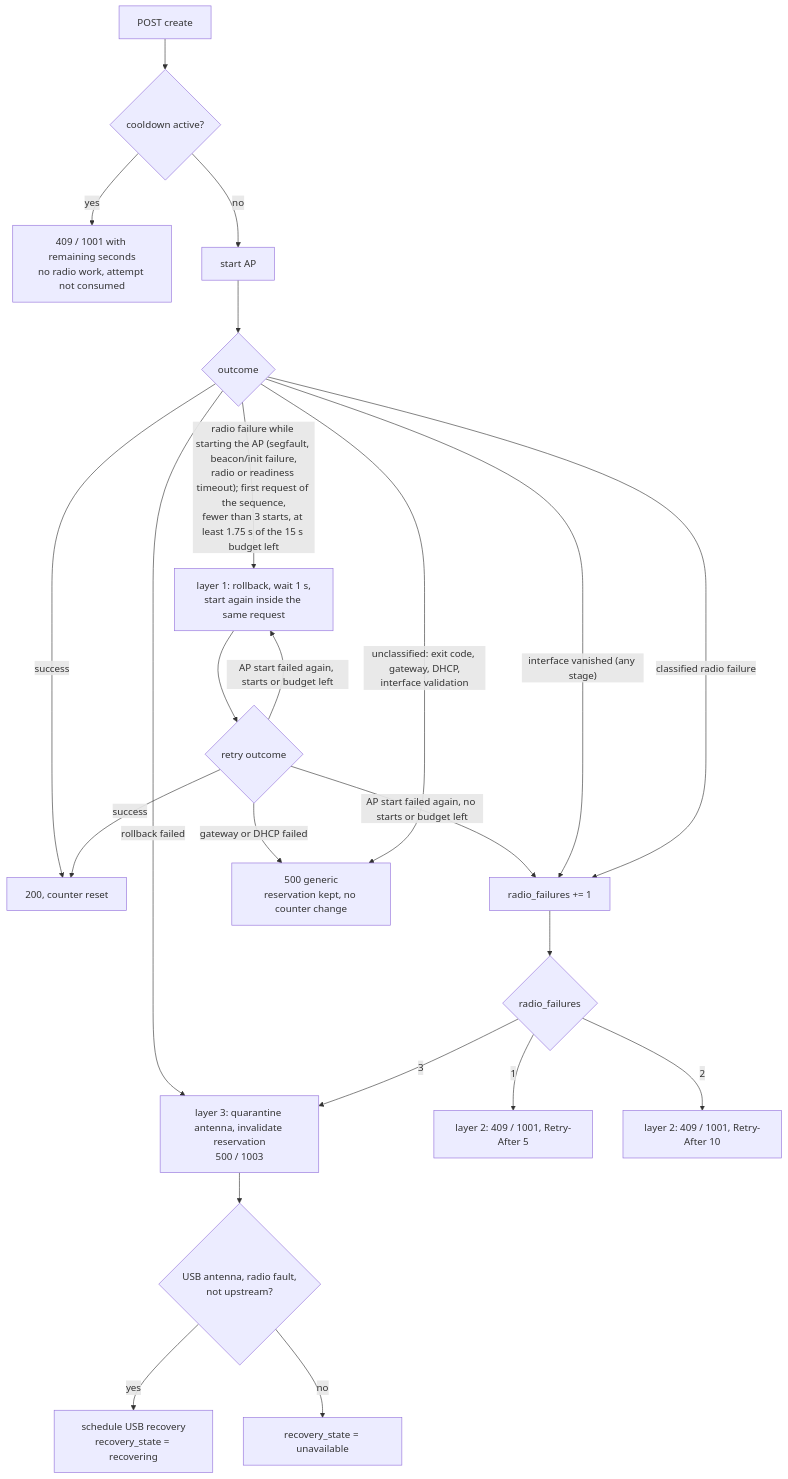
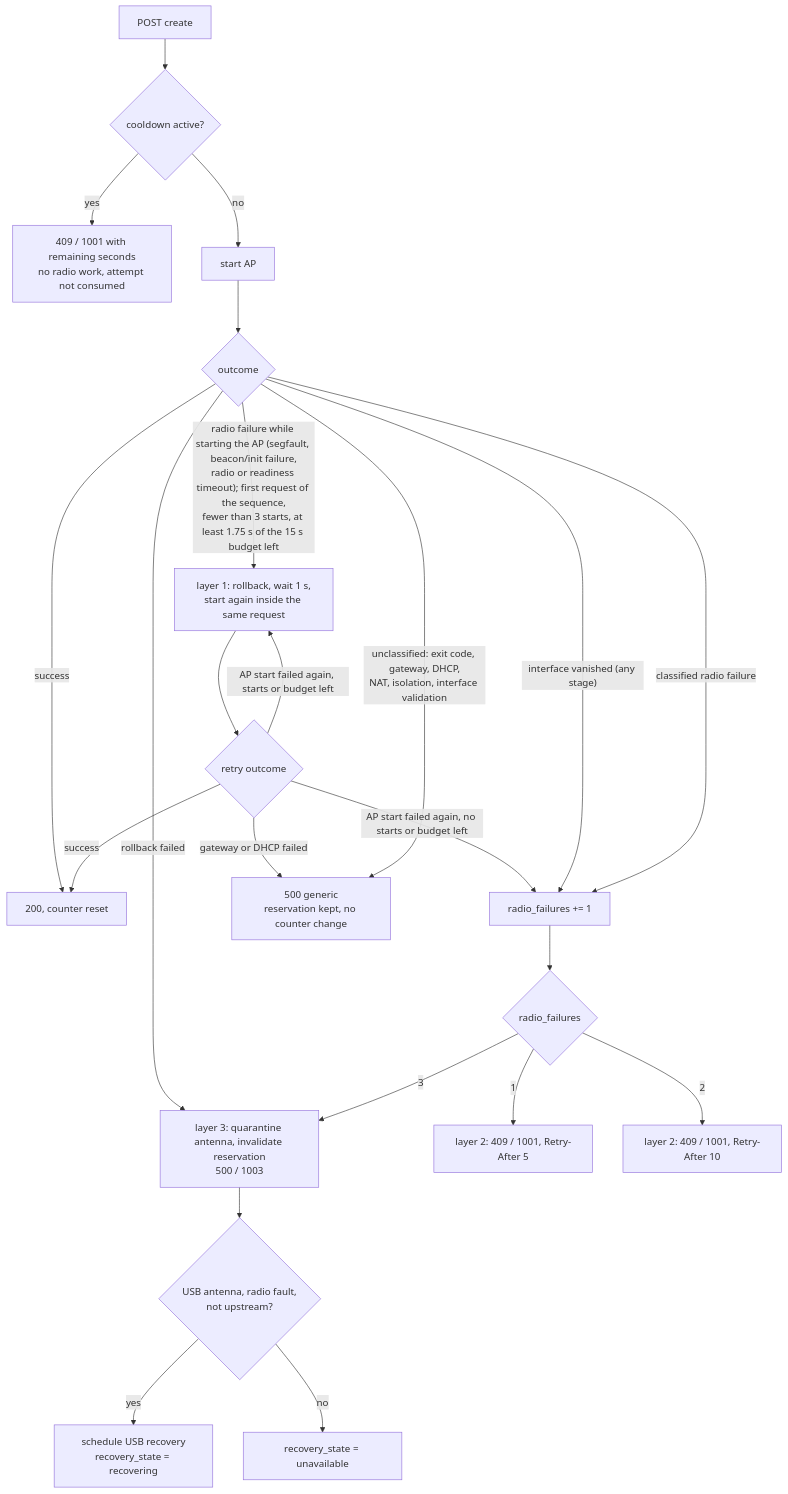
One commit to caporalesimone/wi-lab changed the tenth of 14 diagrams in docs/architecture.md. Above: the diagram before and after it, drawn with Mermaid. The commit also changed other lines of this file and 10 other files, not shown here.

First line of the commit message:
fix(manager): fail the startup when NAT or isolation cannot be applied (NET-2, NET-4)

````diff
--- a/docs/architecture.md
+++ b/docs/architecture.md
@@ -518,25 +520,25 @@
 ```mermaid
 flowchart TD
     S["POST create"] --> CD{"cooldown active?"}
     CD -->|yes| R0["409 / 1001 with remaining seconds<br/>no radio work, attempt not consumed"]
     CD -->|no| ST["start AP"]
     ST --> OUT{"outcome"}
     OUT -->|success| OK["200, counter reset"]
     OUT -->|"radio failure while starting the AP (segfault, beacon/init failure,<br/>radio or readiness timeout); first request of the sequence,<br/>fewer than 3 starts, at least 1.75 s of the 15 s budget left"| IR["layer 1: rollback, wait 1 s,<br/>start again inside the same request"]
     IR --> OUT2{"retry outcome"}
     OUT2 -->|success| OK
     OUT2 -->|"AP start failed again, starts or budget left"| IR
     OUT2 -->|"AP start failed again, no starts or budget left"| CL
     OUT2 -->|"gateway or DHCP failed"| G
-    OUT -->|"unclassified: exit code, gateway, DHCP,<br/>interface validation"| G["500 generic<br/>reservation kept, no counter change"]
+    OUT -->|"unclassified: exit code, gateway, DHCP,<br/>NAT, isolation, interface validation"| G["500 generic<br/>reservation kept, no counter change"]
     OUT -->|"interface vanished (any stage)"| CL
     OUT -->|classified radio failure| CL["radio_failures += 1"]
     OUT -->|rollback failed| Q
     CL --> N{"radio_failures"}
     N -->|1| R5["layer 2: 409 / 1001, Retry-After 5"]
     N -->|2| R10["layer 2: 409 / 1001, Retry-After 10"]
     N -->|3| Q["layer 3: quarantine antenna, invalidate reservation<br/>500 / 1003"]
     Q --> U{"USB antenna, radio fault,<br/>not upstream?"}
     U -->|yes| REC["schedule USB recovery<br/>recovery_state = recovering"]
     U -->|no| UN["recovery_state = unavailable"]
 ```
````
